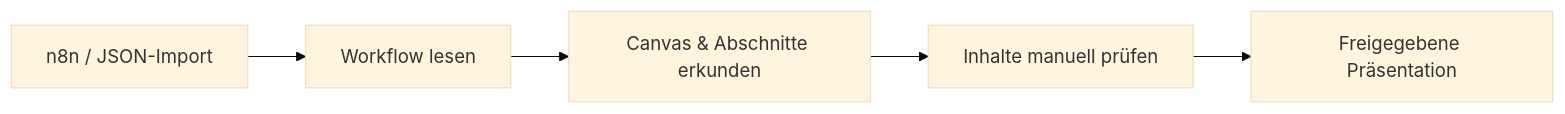
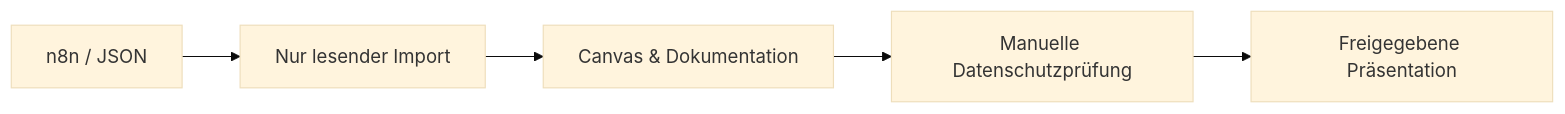
Before and after one commit to rootkid-code/showcase-studio-releases: the diagram in README.md, drawn with Mermaid (base theme). The commit also changed other lines of this file and 15 other files, not shown here.

````diff
--- a/README.md
+++ b/README.md
@@ -70,7 +59,7 @@
 ```mermaid
 flowchart LR
-    A["n8n / JSON-Import"] --> B["Workflow lesen"]
-    B --> C["Canvas & Abschnitte erkunden"]
-    C --> D["Inhalte manuell prüfen"]
+    A["n8n / JSON"] --> B["Nur lesender Import"]
+    B --> C["Canvas & Dokumentation"]
+    C --> D["Manuelle Datenschutzprüfung"]
     D --> E["Freigegebene Präsentation"]
 ```
````
